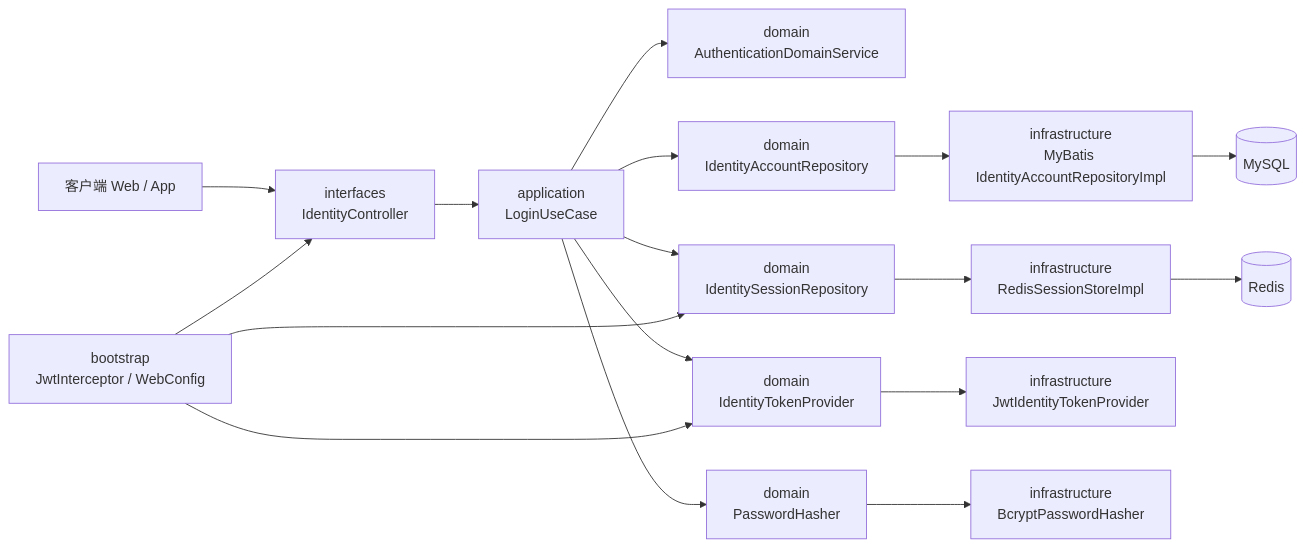
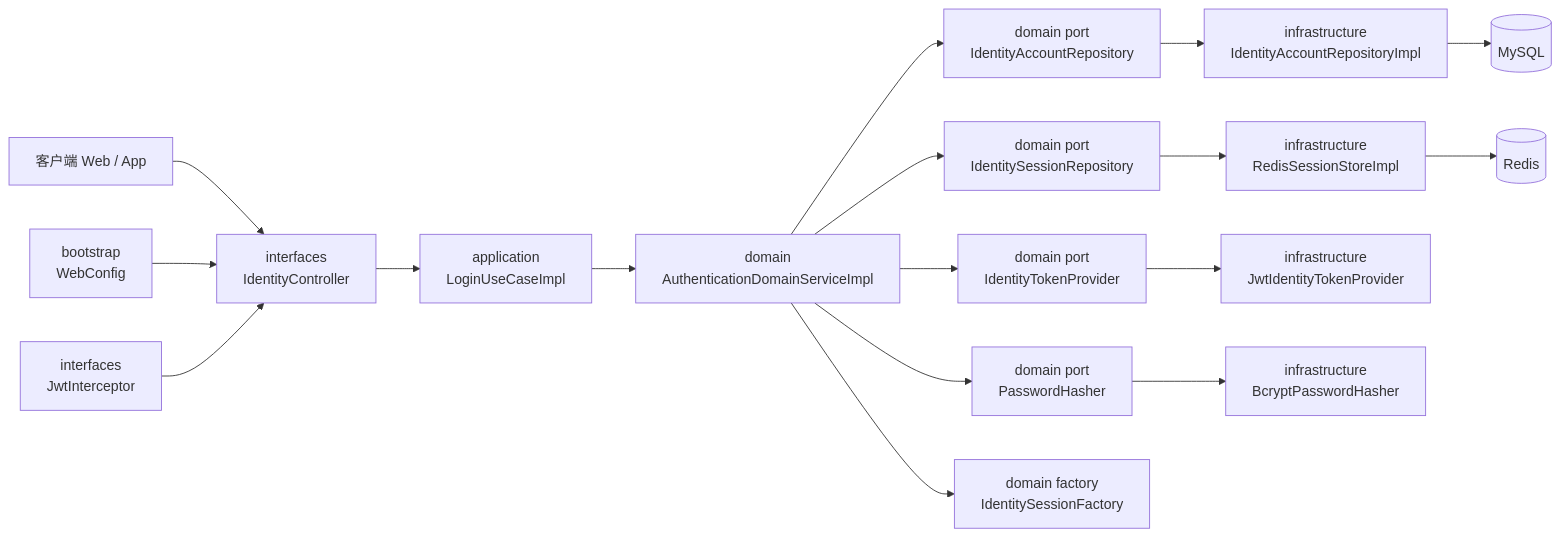
The first of 2 diagrams in docs/login-architecture.md (RokiLai/auth-service), drawn with Mermaid before and after one commit. The commit also changed other lines of this file and 3 other files, not shown here.

````diff
--- a/docs/login-architecture.md
+++ b/docs/login-architecture.md
@@ -5,23 +11,23 @@
 ```mermaid
 flowchart LR
     A[客户端 Web / App] --> B[interfaces<br/>IdentityController]
-    B --> C[application<br/>LoginUseCase]
+    B --> C[application<br/>LoginUseCaseImpl]
+    C --> D[domain<br/>AuthenticationDomainServiceImpl]
 
-    C --> D[domain<br/>AuthenticationDomainService]
-    C --> E[domain<br/>IdentityAccountRepository]
-    C --> F[domain<br/>IdentitySessionRepository]
-    C --> G[domain<br/>IdentityTokenProvider]
-    C --> H[domain<br/>PasswordHasher]
+    D --> E[domain port<br/>IdentityAccountRepository]
+    D --> F[domain port<br/>IdentitySessionRepository]
+    D --> G[domain port<br/>IdentityTokenProvider]
+    D --> H[domain port<br/>PasswordHasher]
+    D --> I[domain factory<br/>IdentitySessionFactory]
 
-    E --> I[infrastructure<br/>MyBatis IdentityAccountRepositoryImpl]
-    F --> J[infrastructure<br/>RedisSessionStoreImpl]
-    G --> K[infrastructure<br/>JwtIdentityTokenProvider]
-    H --> L[infrastructure<br/>BcryptPasswordHasher]
+    E --> J[infrastructure<br/>IdentityAccountRepositoryImpl]
+    F --> K[infrastructure<br/>RedisSessionStoreImpl]
+    G --> L[infrastructure<br/>JwtIdentityTokenProvider]
+    H --> M[infrastructure<br/>BcryptPasswordHasher]
 
-    I --> M[(MySQL)]
-    J --> N[(Redis)]
+    J --> N[(MySQL)]
+    K --> O[(Redis)]
 
-    O[bootstrap<br/>JwtInterceptor / WebConfig] --> B
-    O --> F
-    O --> G
+    P[bootstrap<br/>WebConfig] --> B
+    Q[interfaces<br/>JwtInterceptor] --> B
 ```
````
